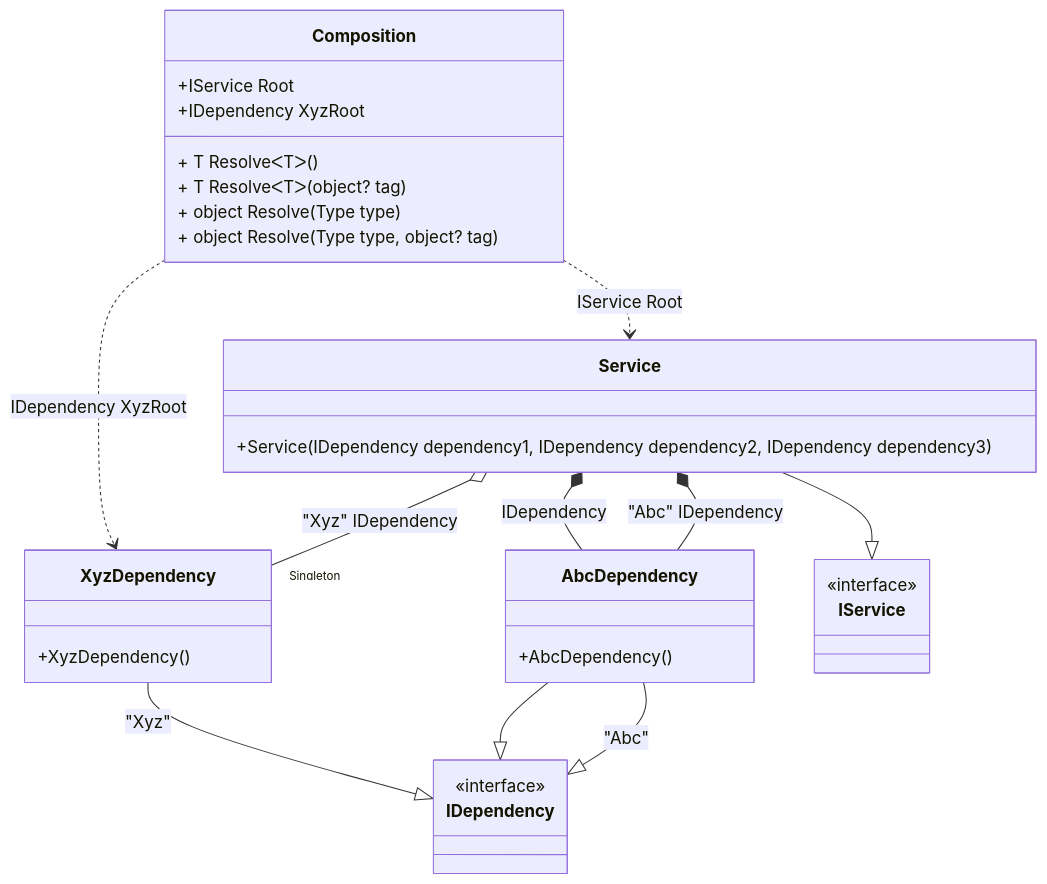
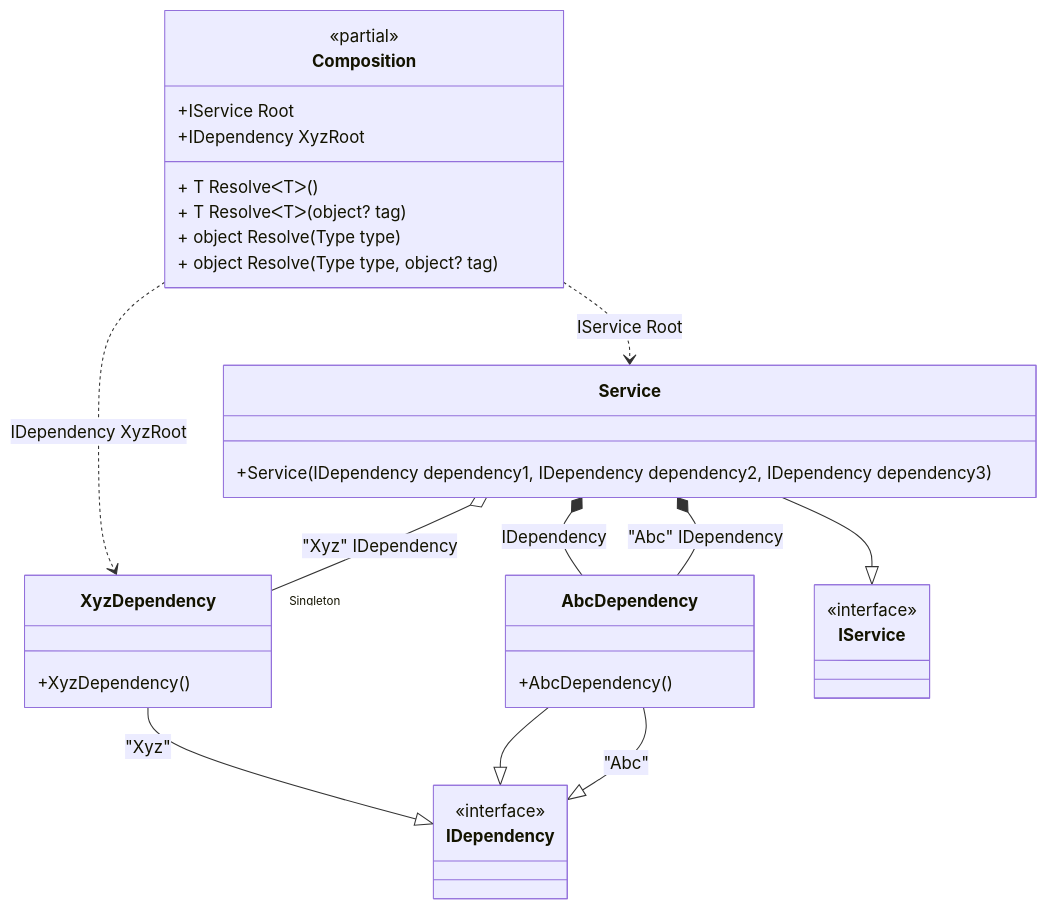
Before and after one commit to DevTeam/Pure.DI: the diagram in readme/tags.md, drawn with Mermaid. The commit also changed 74 other files, not shown here.

Commit message:
Improved class diagram

````diff
--- a/readme/tags.md
+++ b/readme/tags.md
@@ -64,35 +64,36 @@
 ```mermaid
 classDiagram
 	class Composition {
+		<<partial>>
 		+IService Root
 		+IDependency XyzRoot
 		+ T ResolveᐸTᐳ()
 		+ T ResolveᐸTᐳ(object? tag)
 		+ object Resolve(Type type)
 		+ object Resolve(Type type, object? tag)
 	}
 	AbcDependency --|> IDependency : "Abc" 
 	AbcDependency --|> IDependency : 
 	class AbcDependency {
 		+AbcDependency()
 	}
 	XyzDependency --|> IDependency : "Xyz" 
 	class XyzDependency {
 		+XyzDependency()
 	}
 	Service --|> IService : 
 	class Service {
 		+Service(IDependency dependency1, IDependency dependency2, IDependency dependency3)
 	}
 	class IDependency {
 		<<interface>>
 	}
 	class IService {
 		<<interface>>
 	}
 	Service *--  AbcDependency : "Abc"  IDependency
-	Service o--  "Singleton" XyzDependency : "Xyz"  IDependency
+	Service o-- "Singleton" XyzDependency : "Xyz"  IDependency
 	Service *--  AbcDependency : IDependency
 	Composition ..> XyzDependency : IDependency XyzRoot
 	Composition ..> Service : IService Root
 ```
````
